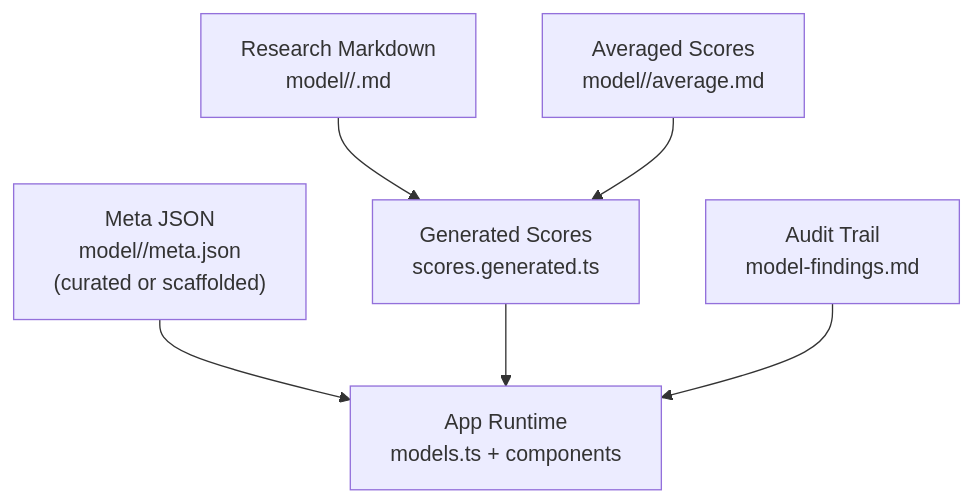
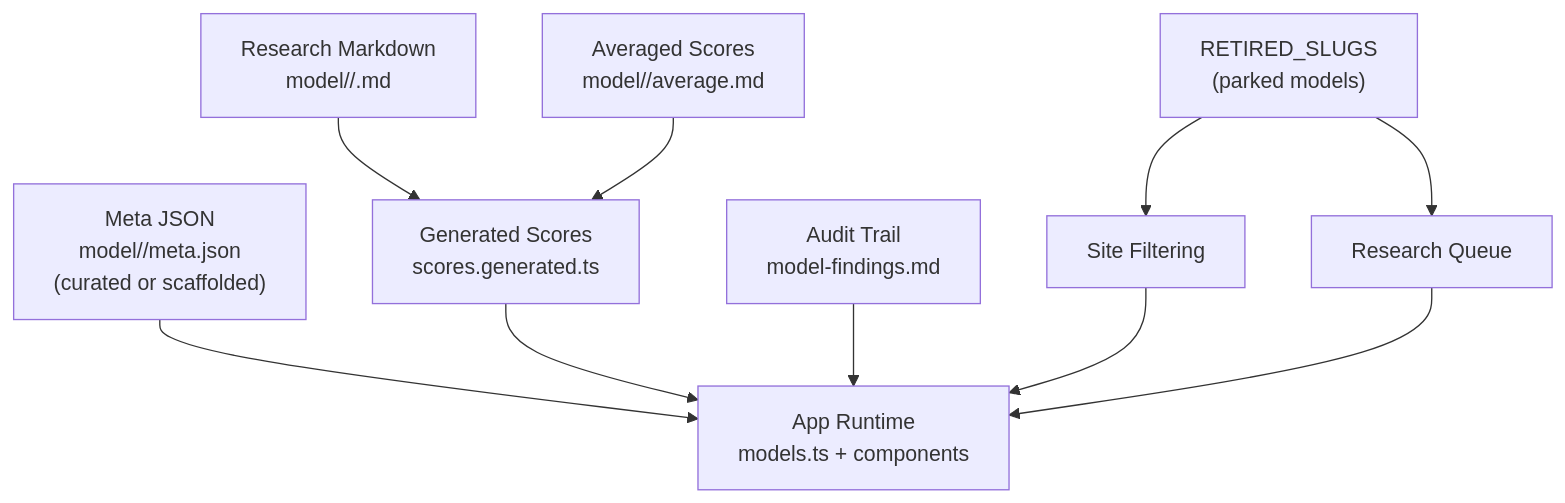
Diagram 16 of 17 in .qoder/repowiki/en/content/Data Management System/Data Management System.md (delirium-dj/modelcomp), drawn with Mermaid before and after one commit. The commit also changed other lines of this file and 103 other files, not shown here.

````diff
--- a/.qoder/repowiki/en/content/Data Management System/Data Management System.md
+++ b/.qoder/repowiki/en/content/Data Management System/Data Management System.md
@@ -531,8 +577,12 @@
 ```mermaid
 graph TB
 RF["Research Markdown<br/>model/<slug>/<Source_Name>.md"] --> Gen["Generated Scores<br/>scores.generated.ts"]
 MF["Meta JSON<br/>model/<slug>/meta.json<br/>(curated or scaffolded)"] --> App
 AM["Averaged Scores<br/>model/<slug>/average.md"] --> Gen
+RS["RETIRED_SLUGS<br/>(parked models)"] --> Site["Site Filtering"]
+RS --> Queue["Research Queue"]
 Gen --> App["App Runtime<br/>models.ts + components"]
 AF["Audit Trail<br/>model-findings.md"] --> App
+Site --> App
+Queue --> App
 ```
````
